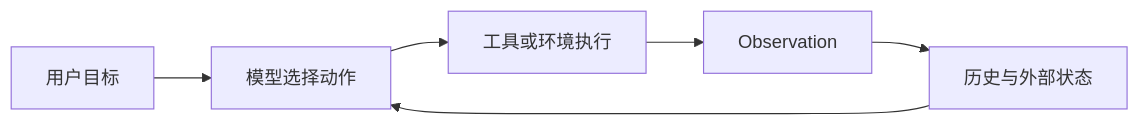
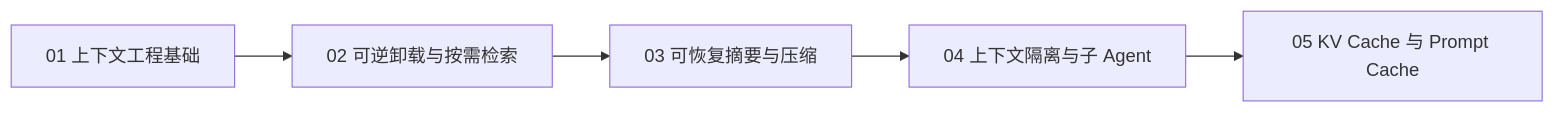
One commit to ZackLiang/llm-learning-journey changed the first of 2 diagrams in docs/notes/context-management/index.md. Above: the diagram before and after it, drawn with Mermaid. The commit also changed other lines of this file and 6 other files, not shown here.

````diff
--- a/docs/notes/context-management/index.md
+++ b/docs/notes/context-management/index.md
@@ -33,8 +8,7 @@
 ```mermaid
 flowchart LR
-    A[用户目标] --> B[模型选择动作]
-    B --> C[工具或环境执行]
-    C --> D[Observation]
-    D --> E[历史与外部状态]
-    E --> B
+    A[01 上下文工程基础] --> B[02 可逆卸载与按需检索]
+    B --> C[03 可恢复摘要与压缩]
+    C --> D[04 上下文隔离与子 Agent]
+    D --> E[05 KV Cache 与 Prompt Cache]
 ```
````
